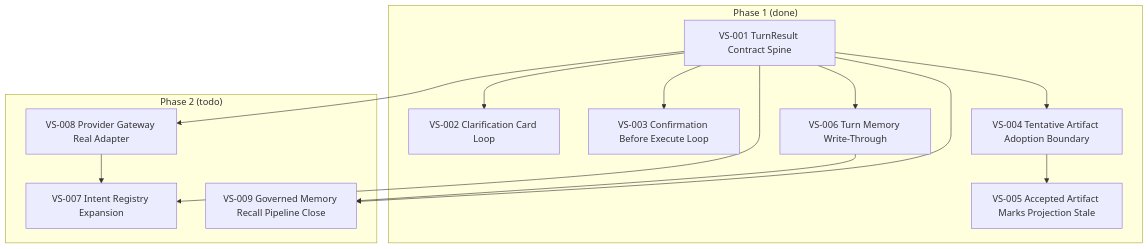
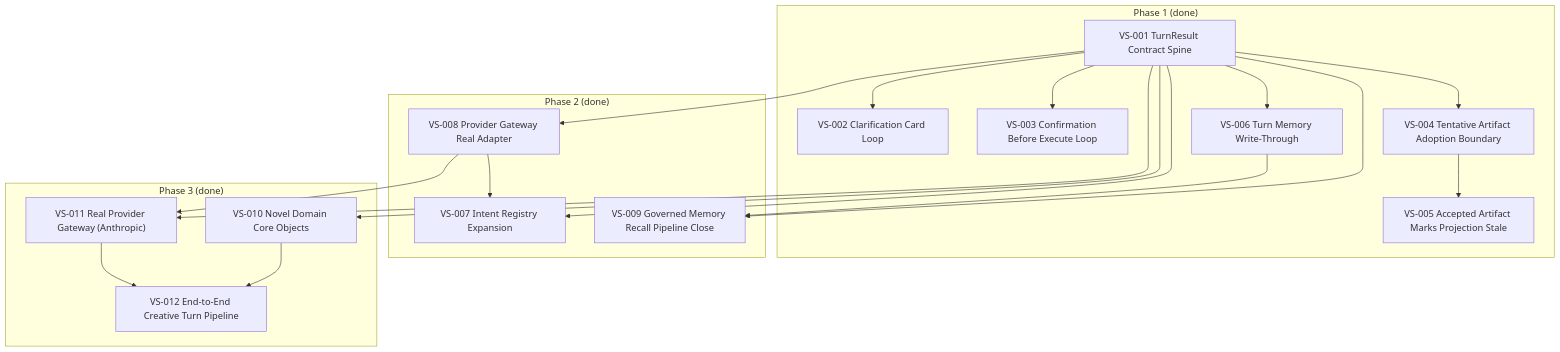
The diagram in tasks/slices/DAG.md (tongsh6/ai-novel-studio), drawn with Mermaid before and after one commit. The commit also changed other lines of this file and 7 other files, not shown here.

````diff
--- a/tasks/slices/DAG.md
+++ b/tasks/slices/DAG.md
@@ -11,29 +11,41 @@
 ```mermaid
 flowchart TD
   subgraph Phase1["Phase 1 (done)"]
     VS001["VS-001 TurnResult Contract Spine"]
     VS002["VS-002 Clarification Card Loop"]
     VS003["VS-003 Confirmation Before Execute Loop"]
     VS004["VS-004 Tentative Artifact Adoption Boundary"]
     VS005["VS-005 Accepted Artifact Marks Projection Stale"]
     VS006["VS-006 Turn Memory Write-Through"]
   end
 
-  subgraph Phase2["Phase 2 (todo)"]
+  subgraph Phase2["Phase 2 (done)"]
     VS007["VS-007 Intent Registry Expansion"]
     VS008["VS-008 Provider Gateway Real Adapter"]
     VS009["VS-009 Governed Memory Recall Pipeline Close"]
   end
 
   VS001 --> VS002
   VS001 --> VS003
   VS001 --> VS004
   VS001 --> VS006
   VS004 --> VS005
 
   VS001 --> VS008
   VS001 --> VS007
   VS008 --> VS007
   VS001 --> VS009
   VS006 --> VS009
+
+  subgraph Phase3["Phase 3 (done)"]
+    VS010["VS-010 Novel Domain Core Objects"]
+    VS011["VS-011 Real Provider Gateway (Anthropic)"]
+    VS012["VS-012 End-to-End Creative Turn Pipeline"]
+  end
+
+  VS001 --> VS010
+  VS001 --> VS011
+  VS010 --> VS012
+  VS011 --> VS012
+  VS008 --> VS011
 ```
````
